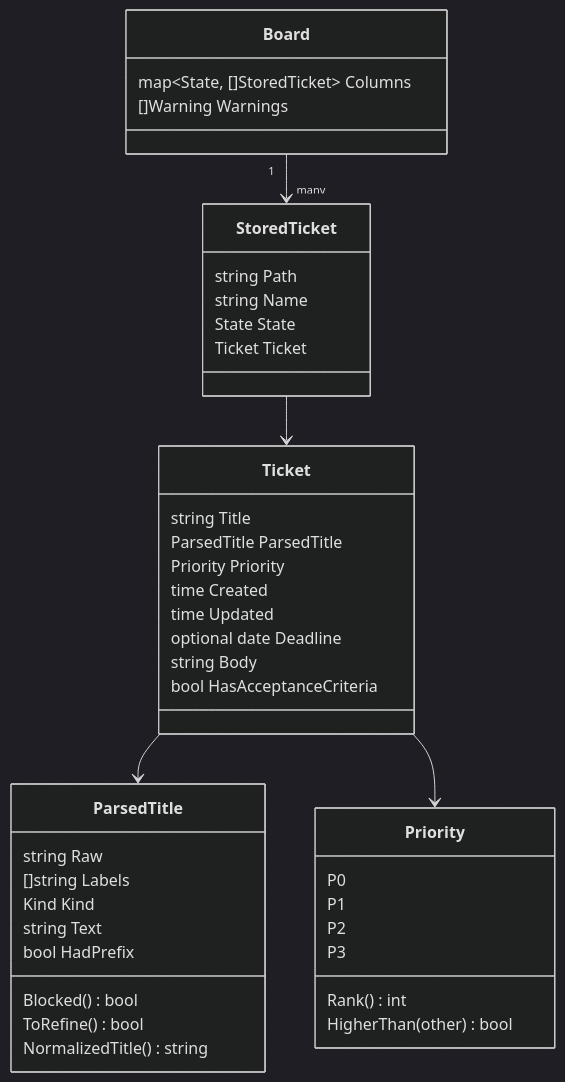
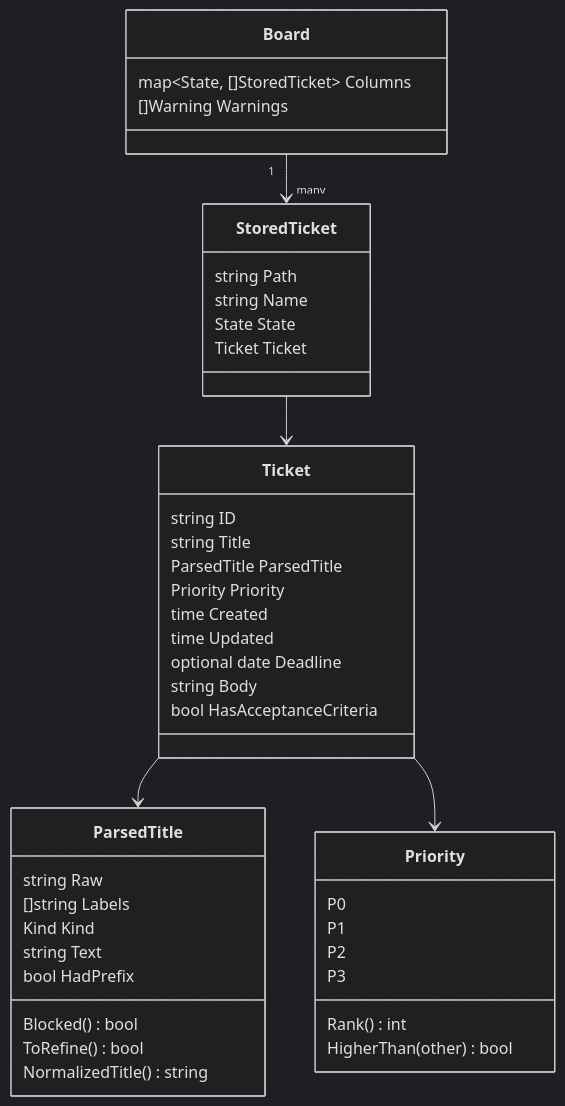
Before and after one commit to dawidsok/tickcats: the sixth of 7 diagrams in docs/architecture.md, drawn with Mermaid (dark theme). The commit also changed other lines of this file and 16 other files, not shown here.

````diff
--- a/docs/architecture.md
+++ b/docs/architecture.md
@@ -123,50 +127,51 @@
 ```mermaid
 classDiagram
     class Board {
         map~State, []StoredTicket~ Columns
         []Warning Warnings
     }
 
     class StoredTicket {
         string Path
         string Name
         State State
         Ticket Ticket
     }
 
     class Ticket {
+        string ID
         string Title
         ParsedTitle ParsedTitle
         Priority Priority
         time Created
         time Updated
         optional date Deadline
         string Body
         bool HasAcceptanceCriteria
     }
 
     class ParsedTitle {
         string Raw
         []string Labels
         Kind Kind
         string Text
         bool HadPrefix
         Blocked() bool
         ToRefine() bool
         NormalizedTitle() string
     }
 
     class Priority {
         P0
         P1
         P2
         P3
         Rank() int
         HigherThan(other) bool
     }
 
     Board "1" --> "many" StoredTicket
     StoredTicket --> Ticket
     Ticket --> ParsedTitle
     Ticket --> Priority
 ```
````
